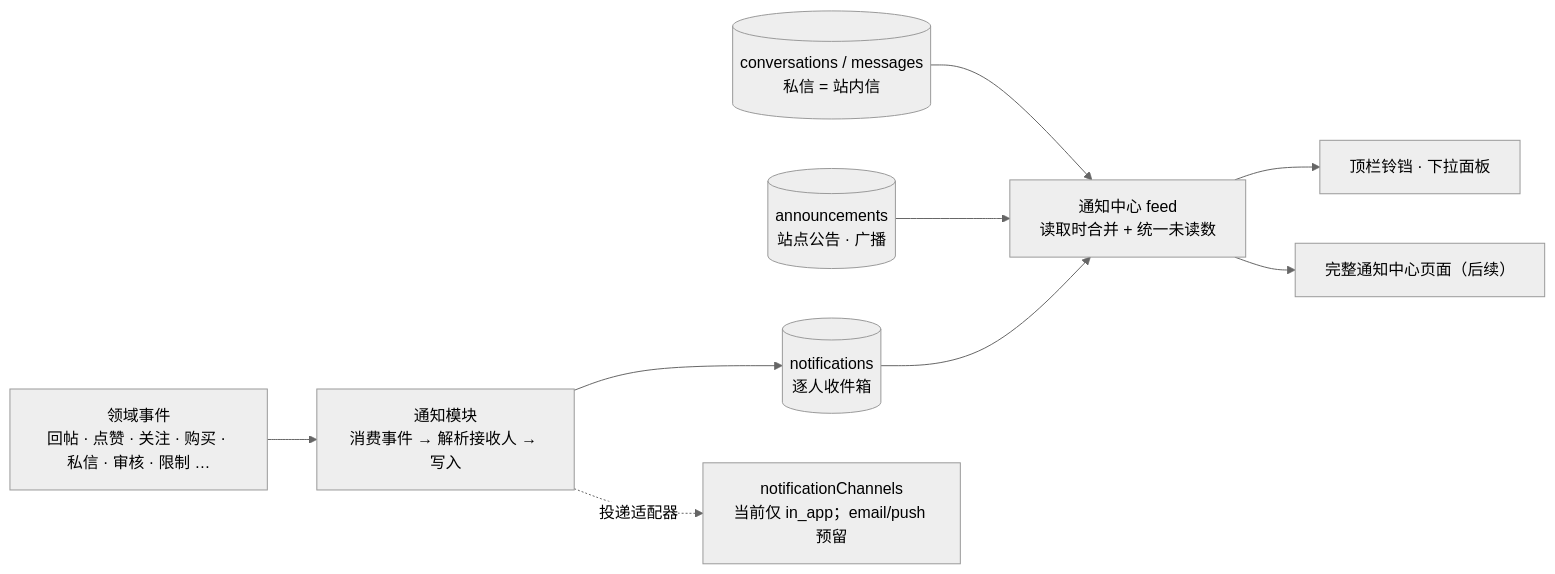
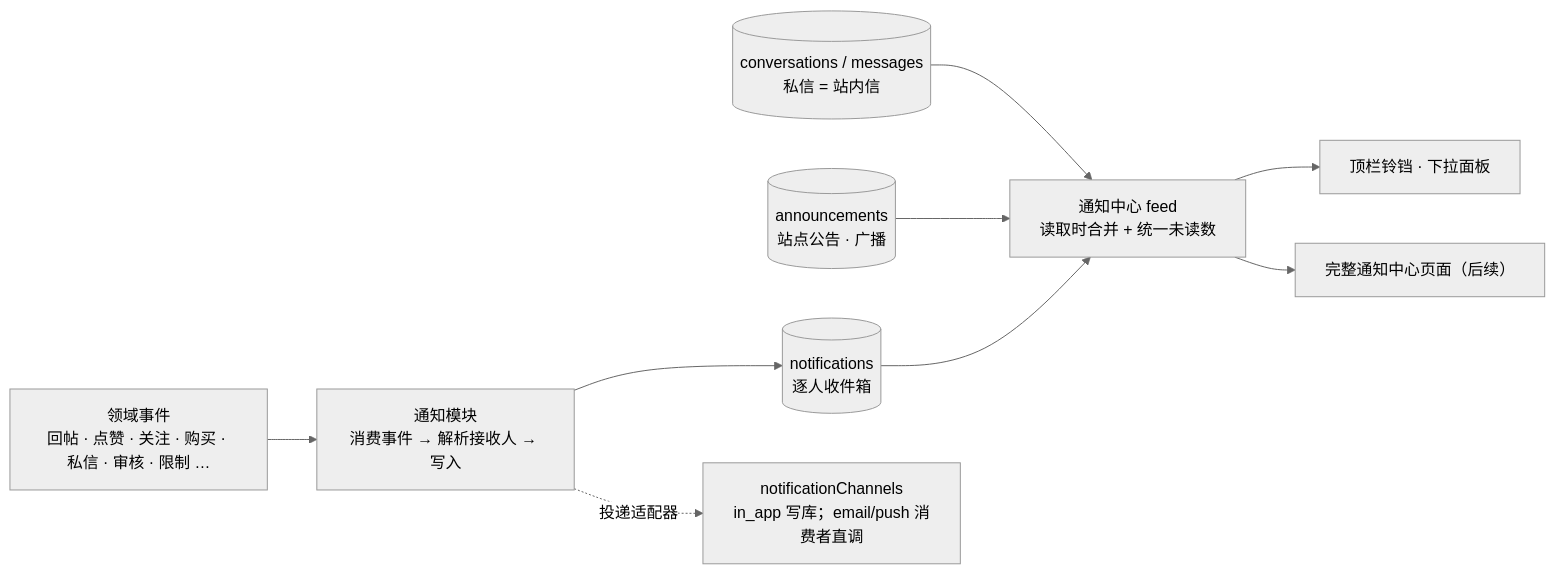
Before and after one commit to SkyJourney/FunWind: the diagram in docs/NOTIFICATIONS.md, drawn with Mermaid (neutral theme). The commit also changed other lines of this file and 18 other files, not shown here.

````diff
--- a/docs/NOTIFICATIONS.md
+++ b/docs/NOTIFICATIONS.md
@@ -10,11 +10,11 @@
 ```mermaid
 flowchart LR
   E[领域事件<br/>回帖 · 点赞 · 关注 · 购买 · 私信 · 审核 · 限制 …] --> N[通知模块<br/>消费事件 → 解析接收人 → 写入]
   N --> T[(notifications<br/>逐人收件箱)]
   C[(conversations / messages<br/>私信 = 站内信)] --> F
   A[(announcements<br/>站点公告 · 广播)] --> F
   T --> F[通知中心 feed<br/>读取时合并 + 统一未读数]
   F --> B[顶栏铃铛 · 下拉面板]
   F --> P[完整通知中心页面（后续）]
-  N -. 投递适配器 .-> CH[notificationChannels<br/>当前仅 in_app；email/push 预留]
+  N -. 投递适配器 .-> CH[notificationChannels<br/>in_app 写库；email/push 消费者直调]
 ```
````
